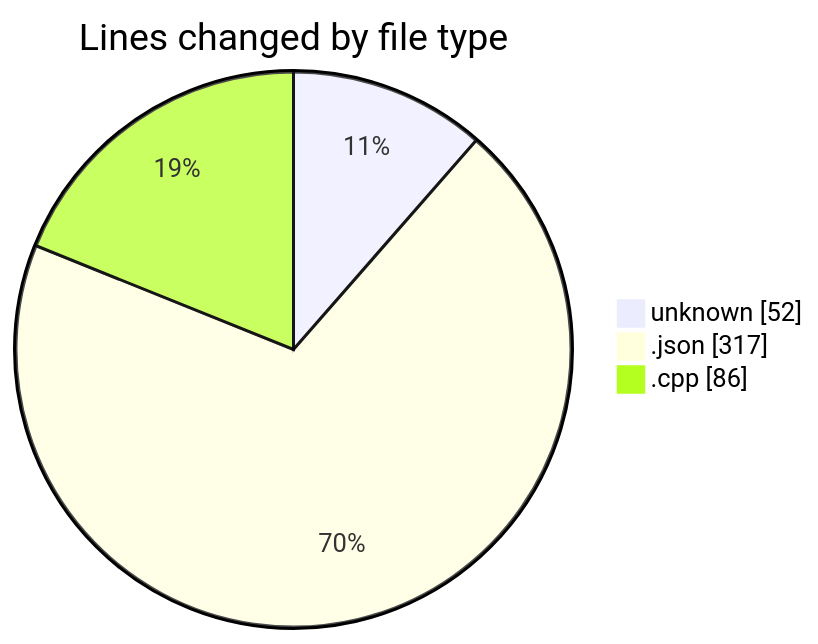
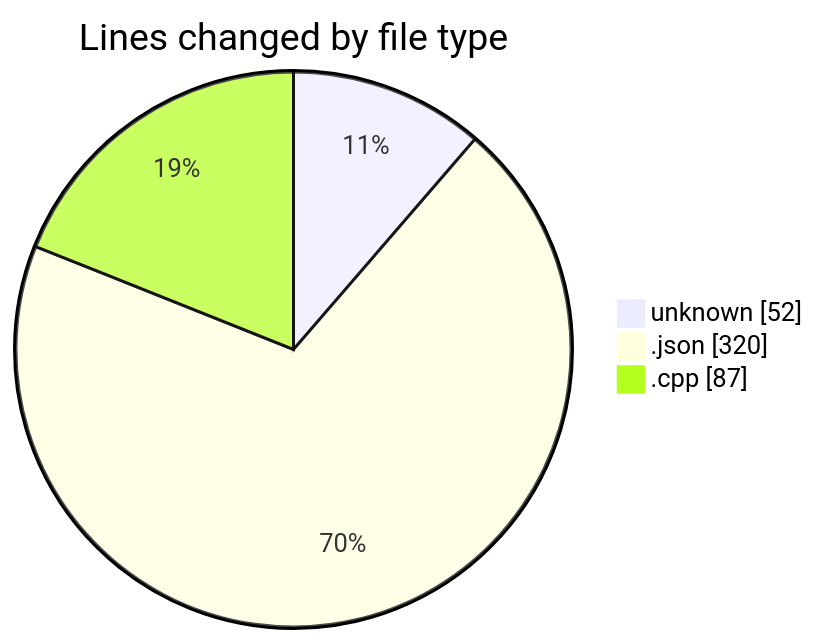
The first of 2 diagrams in 2025-03-26/echo/README.md (Netris89/code-tracking), drawn with Mermaid before and after one commit. The commit also changed other lines of this file and 1 other file, not shown here.

````diff
--- a/2025-03-26/echo/README.md
+++ b/2025-03-26/echo/README.md
@@ -24,7 +24,7 @@
 ```mermaid
 pie showData
 title Lines changed by file type
 "unknown" : 52
-".json" : 317
-".cpp" : 86
+".json" : 320
+".cpp" : 87
 ```
````
